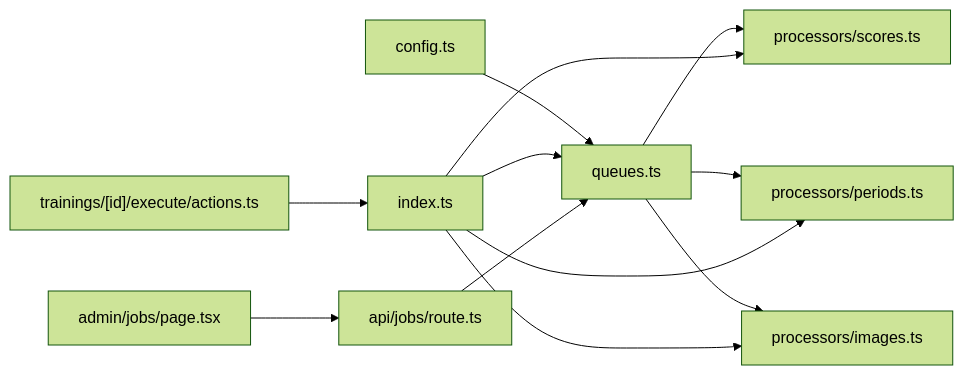
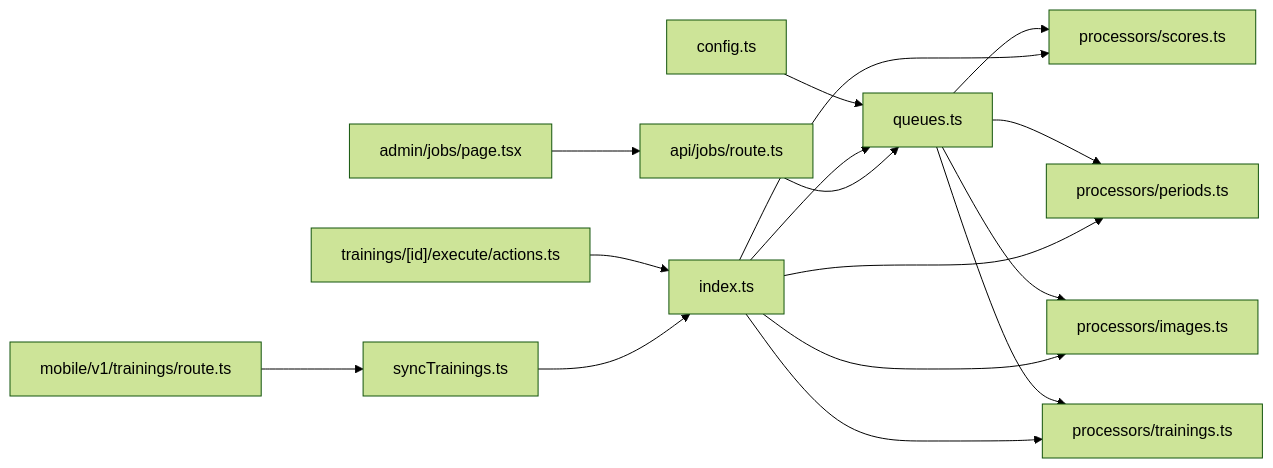
One commit to Dezzpil/meingym changed the ninth of 9 diagrams in .qoder/repowiki/en/content/Background Job System.md. Above: the diagram before and after it, drawn with Mermaid (forest theme). The commit also changed other lines of this file and 5 other files, not shown here.

````diff
--- a/.qoder/repowiki/en/content/Background Job System.md
+++ b/.qoder/repowiki/en/content/Background Job System.md
@@ -265,14 +384,18 @@
 ```mermaid
 graph LR
 Config["config.ts"] --> Queues["queues.ts"]
 Queues --> ScoresProc["processors/scores.ts"]
 Queues --> PeriodsProc["processors/periods.ts"]
 Queues --> ImagesProc["processors/images.ts"]
+Queues --> TrainingsProc["processors/trainings.ts"]
 Index["index.ts"] --> Queues
 Index --> ScoresProc
 Index --> PeriodsProc
 Index --> ImagesProc
+Index --> TrainingsProc
 Actions["trainings/[id]/execute/actions.ts"] --> Index
+MobileAPI["mobile/v1/trainings/route.ts"] --> Sync["syncTrainings.ts"]
+Sync --> Index
 API["api/jobs/route.ts"] --> Queues
 Admin["admin/jobs/page.tsx"] --> API
 ```
````
